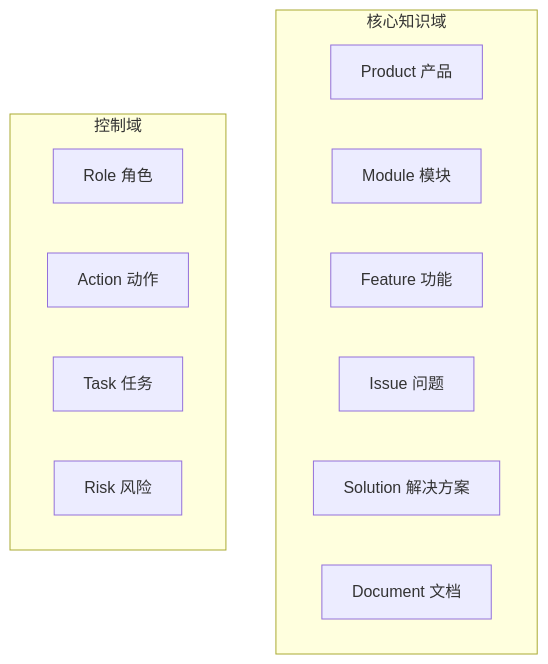
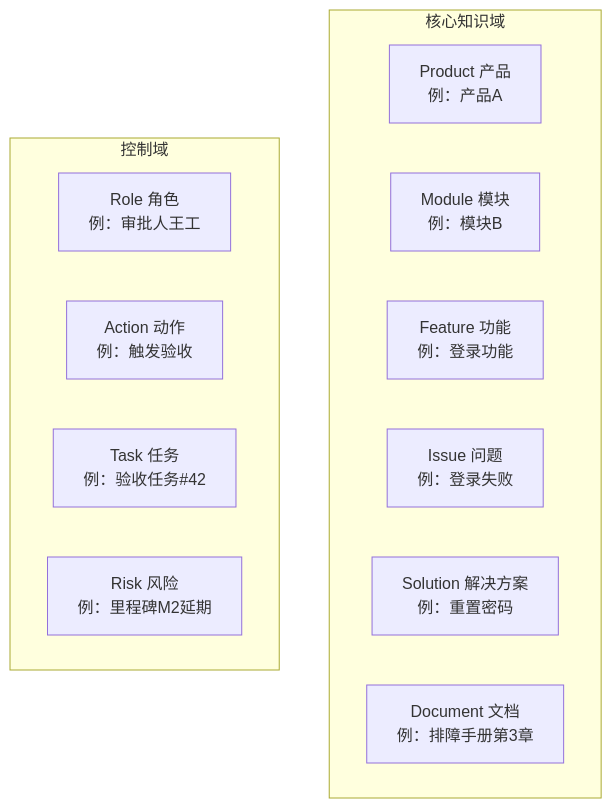
Before and after one commit to sealzrt/2026-08--agent: the second of 4 diagrams in 本体论-agent/03-本体建模/07.设计企业知识助手本体.md, drawn with Mermaid. The commit also changed other lines of this file and 62 other files, not shown here.

````diff
--- a/本体论-agent/03-本体建模/07.设计企业知识助手本体.md
+++ b/本体论-agent/03-本体建模/07.设计企业知识助手本体.md
@@ -13,17 +62,17 @@
 ```mermaid
 flowchart TB
     subgraph Core[核心知识域]
-        P[Product 产品]
-        M[Module 模块]
-        F[Feature 功能]
-        I[Issue 问题]
-        S[Solution 解决方案]
-        D[Document 文档]
+        P[Product 产品<br/>例：产品A]
+        M[Module 模块<br/>例：模块B]
+        F[Feature 功能<br/>例：登录功能]
+        I[Issue 问题<br/>例：登录失败]
+        S[Solution 解决方案<br/>例：重置密码]
+        D[Document 文档<br/>例：排障手册第3章]
     end
     subgraph Control[控制域]
-        R[Role 角色]
-        A[Action 动作]
-        T[Task 任务]
-        Risk[Risk 风险]
+        R[Role 角色<br/>例：审批人王工]
+        A[Action 动作<br/>例：触发验收]
+        T[Task 任务<br/>例：验收任务#42]
+        Risk[Risk 风险<br/>例：里程碑M2延期]
     end
 ```
````
